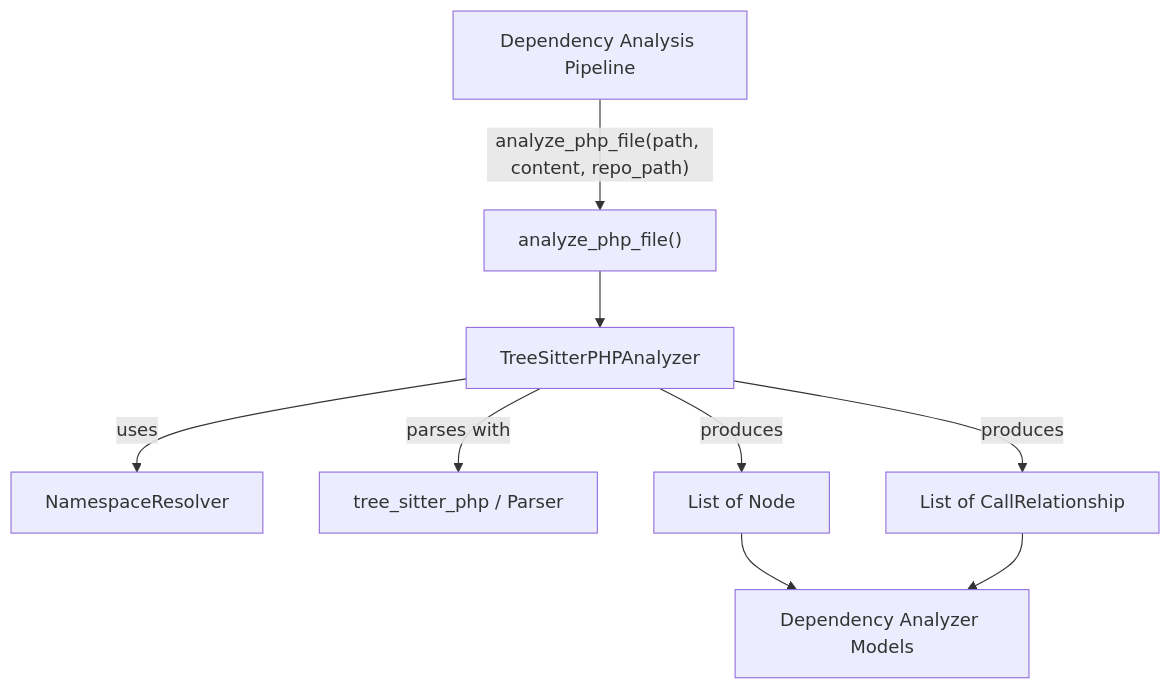
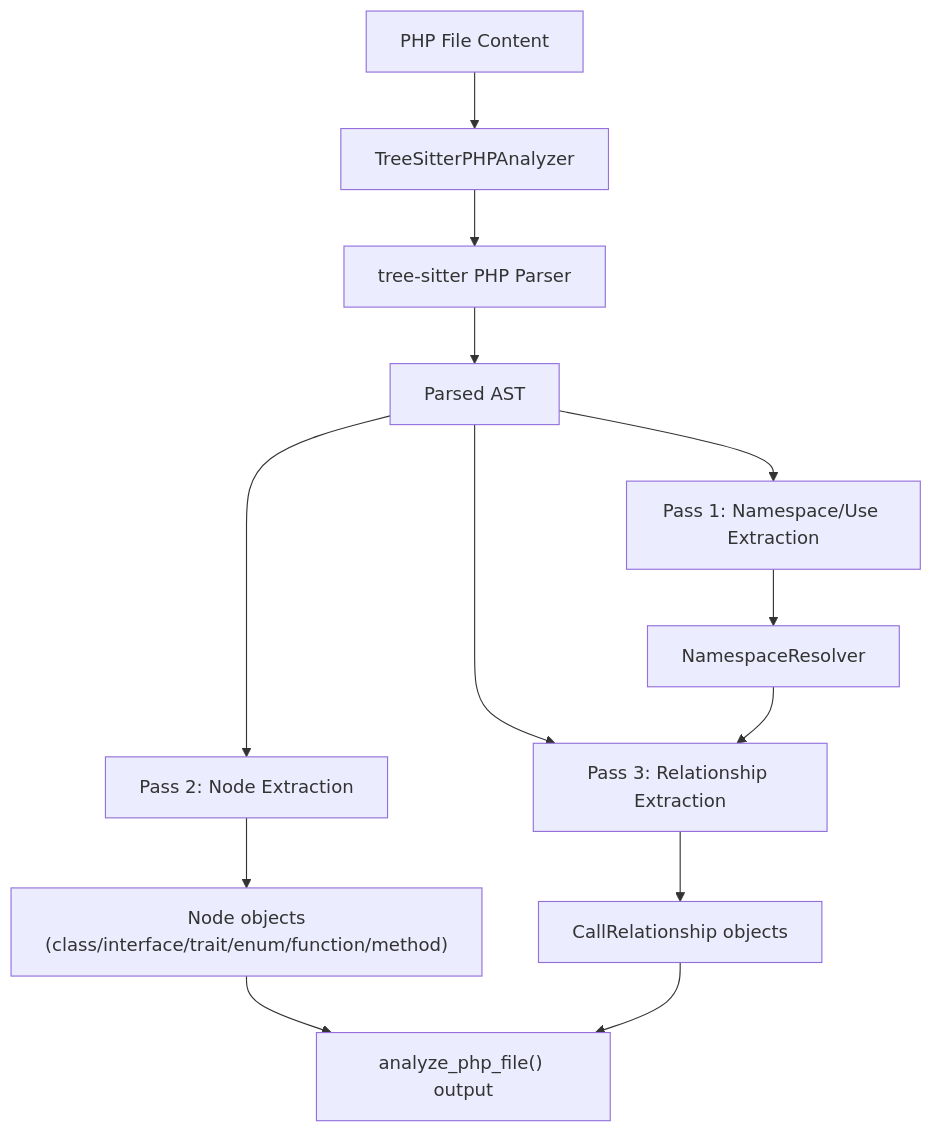
Before and after one commit to flamingo-stack/CodeWiki: the diagram in docs/diagrams/architecture/php_analyzer.mmd, drawn with Mermaid. The commit also changed 275 other files, not shown here.

```diff
--- a/docs/diagrams/architecture/php_analyzer.mmd
+++ b/docs/diagrams/architecture/php_analyzer.mmd
@@ -1,9 +1,17 @@
 flowchart TD
-    Caller["Dependency Analysis Pipeline"] -->|"analyze_php_file(path, content, repo_path)"| Analyze["analyze_php_file()"]
-    Analyze --> Analyzer["TreeSitterPHPAnalyzer"]
-    Analyzer -->|"uses"| Resolver["NamespaceResolver"]
-    Analyzer -->|"parses with"| TreeSitter["tree_sitter_php / Parser"]
-    Analyzer -->|"produces"| Nodes["List of Node"]
-    Analyzer -->|"produces"| Rels["List of CallRelationship"]
-    Nodes --> Models["Dependency Analyzer Models"]
-    Rels --> Models
+    Content["PHP File Content"] --> Analyzer["TreeSitterPHPAnalyzer"]
+    Analyzer --> Parser["tree-sitter PHP Parser"]
+    Parser --> AST["Parsed AST"]
+
+    AST --> NSPass["Pass 1: Namespace/Use Extraction"]
+    NSPass --> Resolver["NamespaceResolver"]
+
+    AST --> NodePass["Pass 2: Node Extraction"]
+    NodePass --> Nodes["Node objects<br/>(class/interface/trait/enum/function/method)"]
+
+    AST --> RelPass["Pass 3: Relationship Extraction"]
+    Resolver --> RelPass
+    RelPass --> Rels["CallRelationship objects"]
+
+    Nodes --> Output["analyze_php_file() output"]
+    Rels --> Output
```
